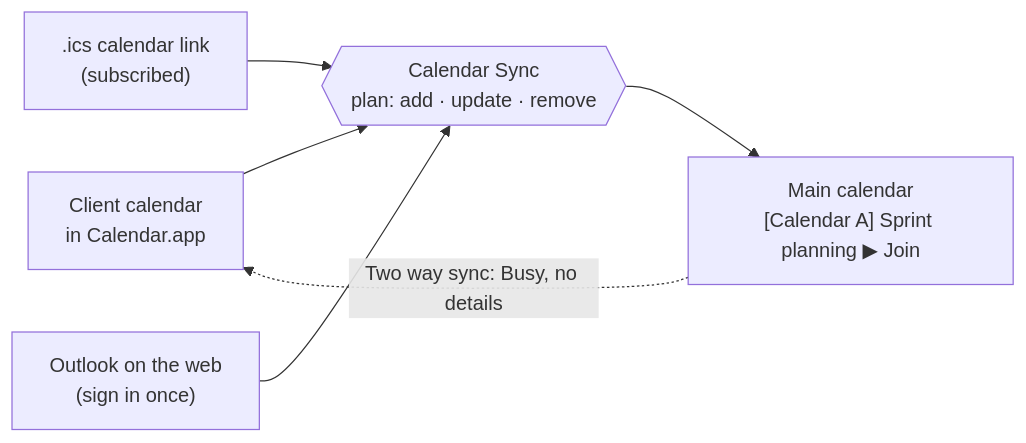
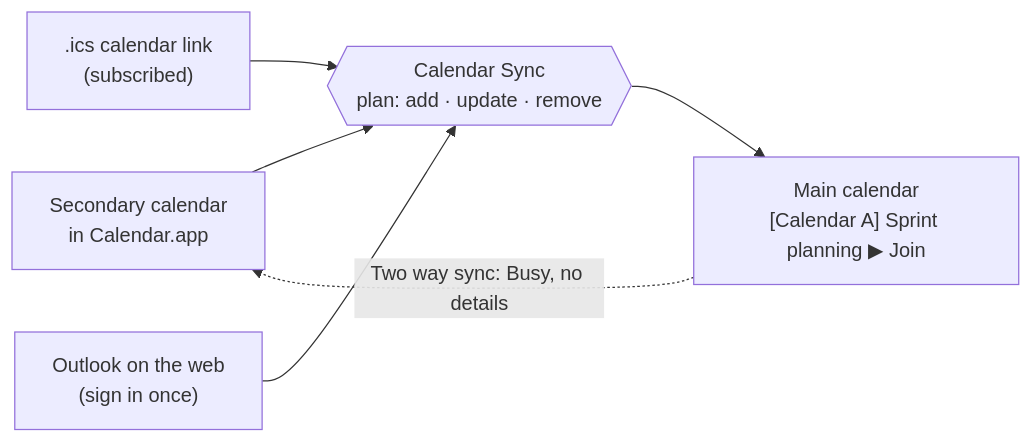
The diagram in README.md (neteinstein/Calendar-Sync), drawn with Mermaid before and after one commit. The commit also changed other lines of this file and 15 other files, not shown here.

First line of the commit message:
Call them main and secondary calendars instead of client calendars

````diff
--- a/README.md
+++ b/README.md
@@ -125,8 +125,8 @@
 ```mermaid
 flowchart LR
-    A["Client calendar<br/>in Calendar.app"] --> S
+    A["Secondary calendar<br/>in Calendar.app"] --> S
     B[".ics calendar link<br/>(subscribed)"] --> S
     C["Outlook on the web<br/>(sign in once)"] --> S
     S{{"Calendar Sync<br/>plan: add · update · remove"}} --> M["Main calendar<br/>[Calendar A] Sprint planning ▶ Join"]
     M -. "Two way sync: Busy, no details" .-> A
 ```
````
